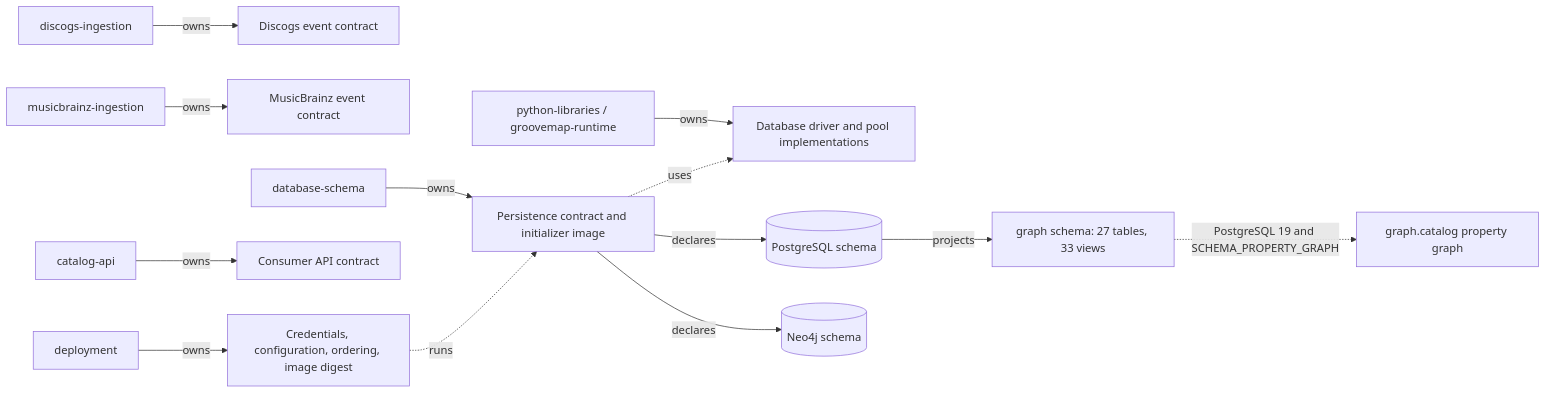
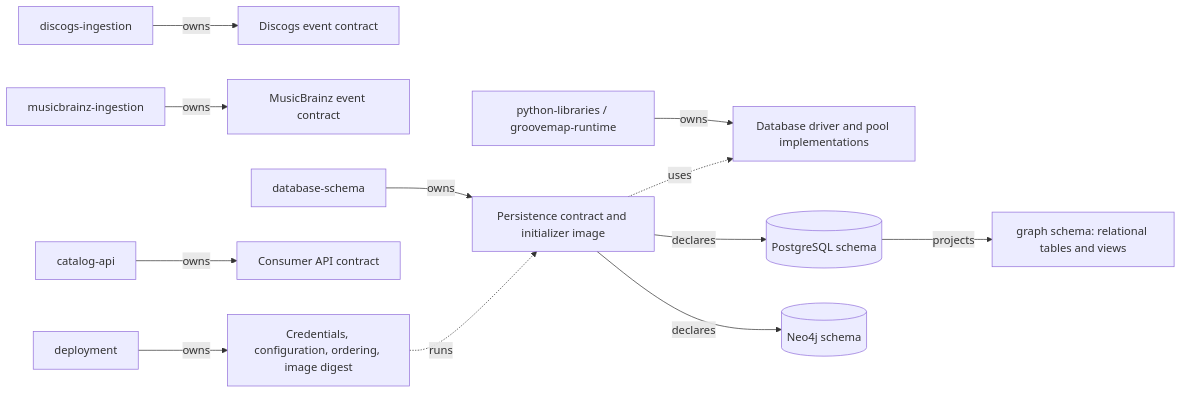
One commit to groovemap-music/database-schema changed the first of 2 diagrams in docs/architecture.md. Above: the diagram before and after it, drawn with Mermaid. The commit also changed other lines of this file and 6 other files, not shown here.

Commit message:
docs(graph): retain relational persistence contract

````diff
--- a/docs/architecture.md
+++ b/docs/architecture.md
@@ -8,15 +8,14 @@
 ```mermaid
 flowchart LR
     DI[discogs-ingestion] -->|owns| DE[Discogs event contract]
     MI[musicbrainz-ingestion] -->|owns| ME[MusicBrainz event contract]
     DS[database-schema] -->|owns| PC[Persistence contract and initializer image]
     RT[python-libraries / groovemap-runtime] -->|owns| CL[Database driver and pool implementations]
     API[catalog-api] -->|owns| AC[Consumer API contract]
     DEP[deployment] -->|owns| OP[Credentials, configuration, ordering, image digest]
     PC -->|declares| PG[(PostgreSQL schema)]
     PC -->|declares| N[(Neo4j schema)]
-    PG -->|projects| GV[graph schema: 27 tables, 33 views]
-    GV -. "PostgreSQL 19 and SCHEMA_PROPERTY_GRAPH" .-> CAT["graph.catalog property graph"]
+    PG -->|projects| GV[graph schema: relational tables and views]
     PC -. uses .-> CL
     OP -. runs .-> PC
 ```
````
